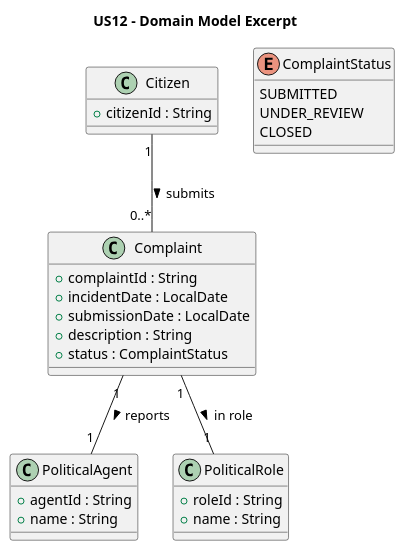
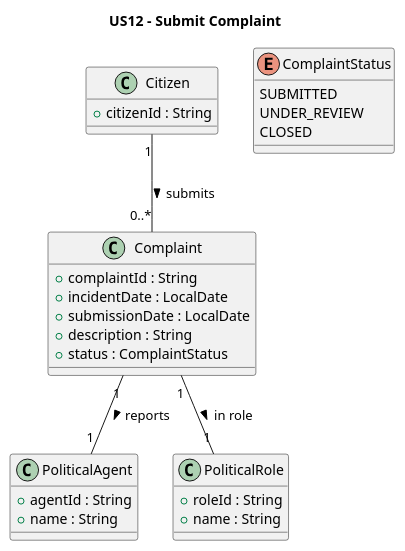
The diagram in docs/system-documentation/US12/02.analysis/puml/US12-DM.puml (Departamento-de-Engenharia-Informatica/sem2-pi-25-26-g096-repo), drawn with PlantUML before and after one commit. The commit also changed 11 other files, not shown here.

Commit message:
DM (Code) - Enhance domain model by introducing new enums and classes for declarations, complaints, and roles, and refining relationships for clarity and added titles for all mini DM in each us [#18]

```diff
--- a/docs/system-documentation/US12/02.analysis/puml/US12-DM.puml
+++ b/docs/system-documentation/US12/02.analysis/puml/US12-DM.puml
@@ -1,35 +1,35 @@
 @startuml
-title US12 - Domain Model Excerpt 
+title US12 - Submit Complaint
 class Citizen {
   +citizenId : String
 }
 
 class PoliticalAgent {
   +agentId : String
   +name : String
 }
 
 class PoliticalRole {
   +roleId : String
   +name : String
 }
 
 class Complaint {
   +complaintId : String
   +incidentDate : LocalDate
   +submissionDate : LocalDate
   +description : String
   +status : ComplaintStatus
 }
 
 enum ComplaintStatus {
   SUBMITTED
   UNDER_REVIEW
   CLOSED
 }
 
 Citizen "1" -- "0..*" Complaint : submits >
 Complaint "1" -- "1" PoliticalAgent : reports >
 Complaint "1" -- "1" PoliticalRole : in role >
 
 @enduml
```
